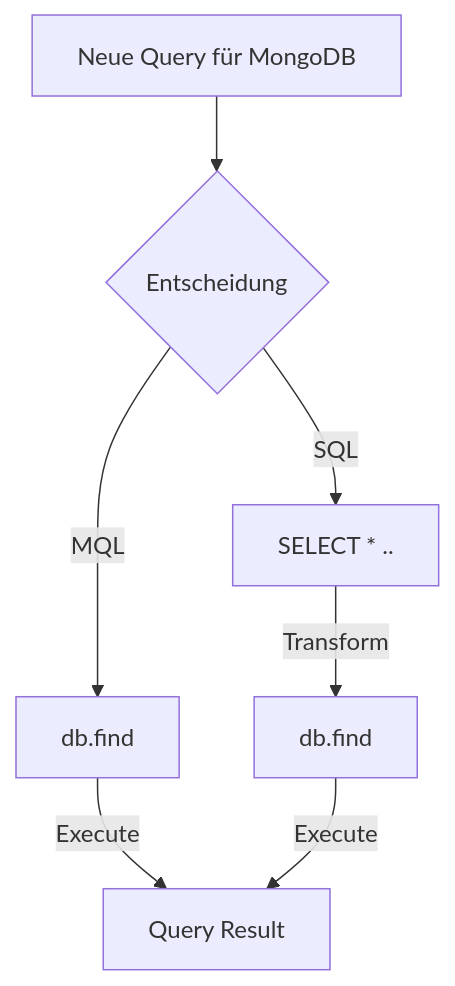
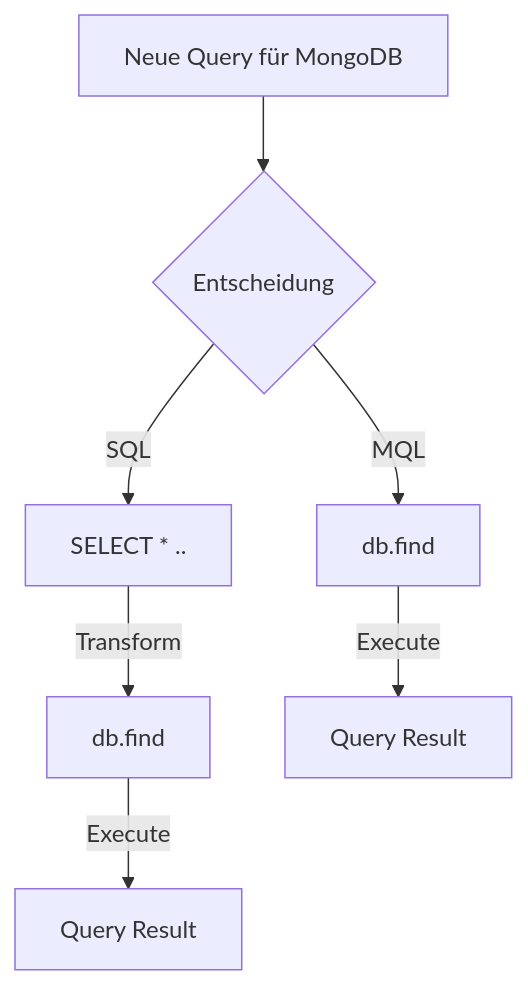
The diagram in slidev/slides.md (Felixel42/mongodb-indexes-sneak-preview), drawn with Mermaid before and after one commit. The commit also changed other lines of this file, not shown here.

````diff
--- a/slidev/slides.md
+++ b/slidev/slides.md
@@ -33,9 +35,9 @@
 ```mermaid {theme: 'neutral', scale: 0.7}
 graph TD
 B[Neue Query für MongoDB] --> C{Entscheidung}
 C -->|SQL| D[SELECT * ..]
 C -->|MQL| E[db.find ]
 D -->|Transform| F[db.find]
 E -->|Execute| G[Query Result]
-F -->|Execute| G[Query Result]
+F -->|Execute| H[Query Result]
 ```
````
